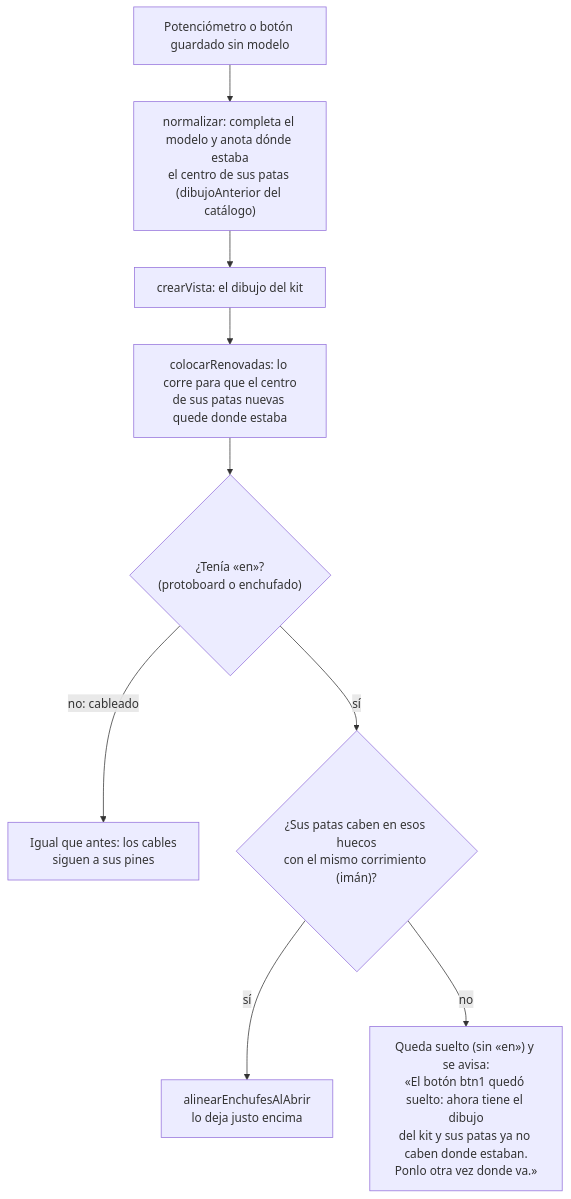
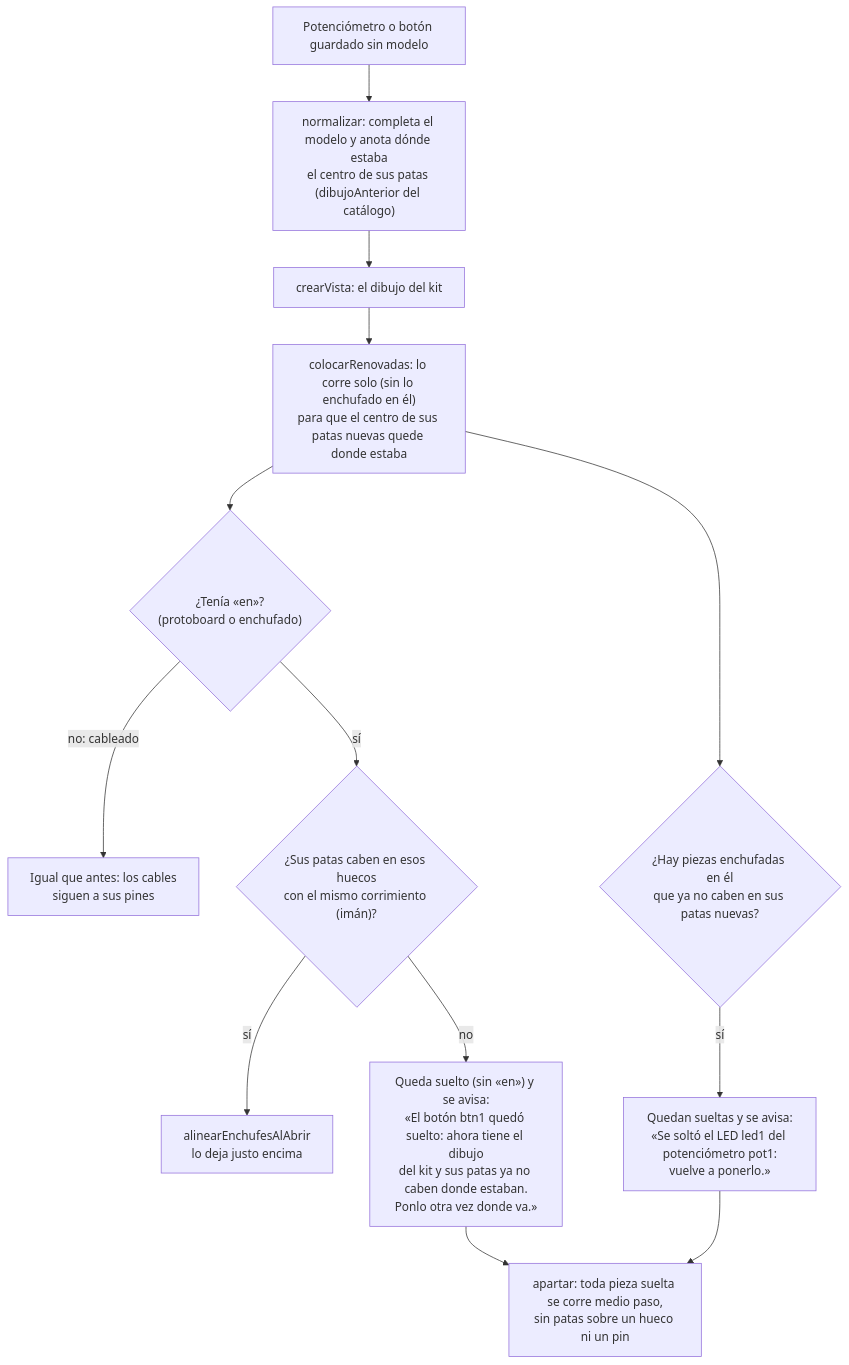
Before and after one commit to EMariotte/TecnoCircuito: the ninth of 9 diagrams in prototipo/COMO-FUNCIONA.md, drawn with Mermaid. The commit also changed other lines of this file and 8 other files, not shown here.

````diff
--- a/prototipo/COMO-FUNCIONA.md
+++ b/prototipo/COMO-FUNCIONA.md
@@ -2364,11 +2372,15 @@
 ```mermaid
 flowchart TD
   A["Potenciómetro o botón guardado sin modelo"] --> B["normalizar: completa el modelo y anota dónde estaba<br/>el centro de sus patas (dibujoAnterior del catálogo)"]
   B --> C["crearVista: el dibujo del kit"]
-  C --> D["colocarRenovadas: lo corre para que el centro<br/>de sus patas nuevas quede donde estaba"]
+  C --> D["colocarRenovadas: lo corre solo (sin lo enchufado en él)<br/>para que el centro de sus patas nuevas quede donde estaba"]
   D --> E{"¿Tenía «en»?<br/>(protoboard o enchufado)"}
   E -->|no: cableado| F["Igual que antes: los cables<br/>siguen a sus pines"]
   E -->|sí| G{"¿Sus patas caben en esos huecos<br/>con el mismo corrimiento (imán)?"}
   G -->|sí| H["alinearEnchufesAlAbrir<br/>lo deja justo encima"]
   G -->|no| I["Queda suelto (sin «en») y se avisa:<br/>«El botón btn1 quedó suelto: ahora tiene el dibujo<br/>del kit y sus patas ya no caben donde estaban.<br/>Ponlo otra vez donde va.»"]
+  D --> J{"¿Hay piezas enchufadas en él<br/>que ya no caben en sus patas nuevas?"}
+  J -->|sí| K["Quedan sueltas y se avisa:<br/>«Se soltó el LED led1 del potenciómetro pot1:<br/>vuelve a ponerlo.»"]
+  I --> L["apartar: toda pieza suelta se corre medio paso,<br/>sin patas sobre un hueco ni un pin"]
+  K --> L
 ```
````
